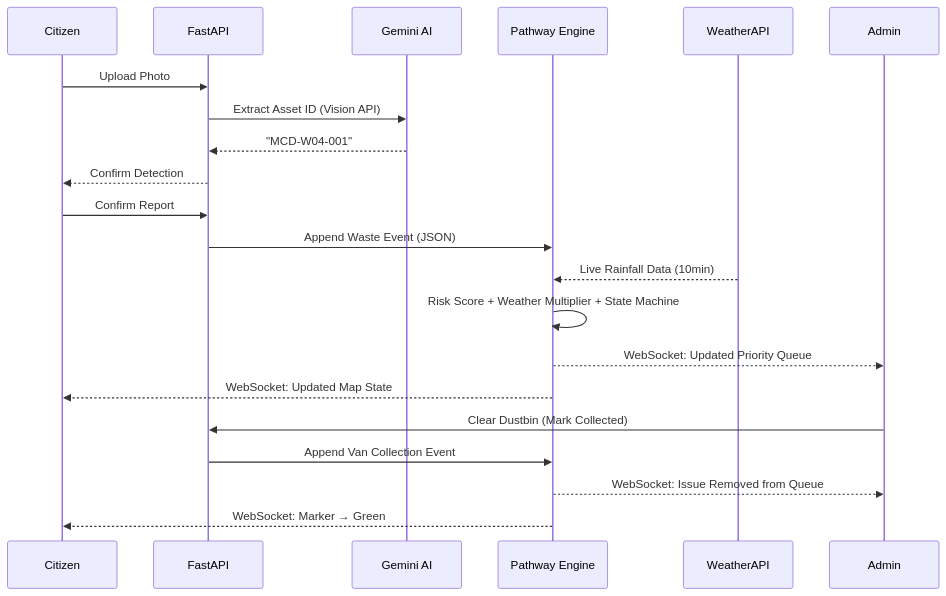
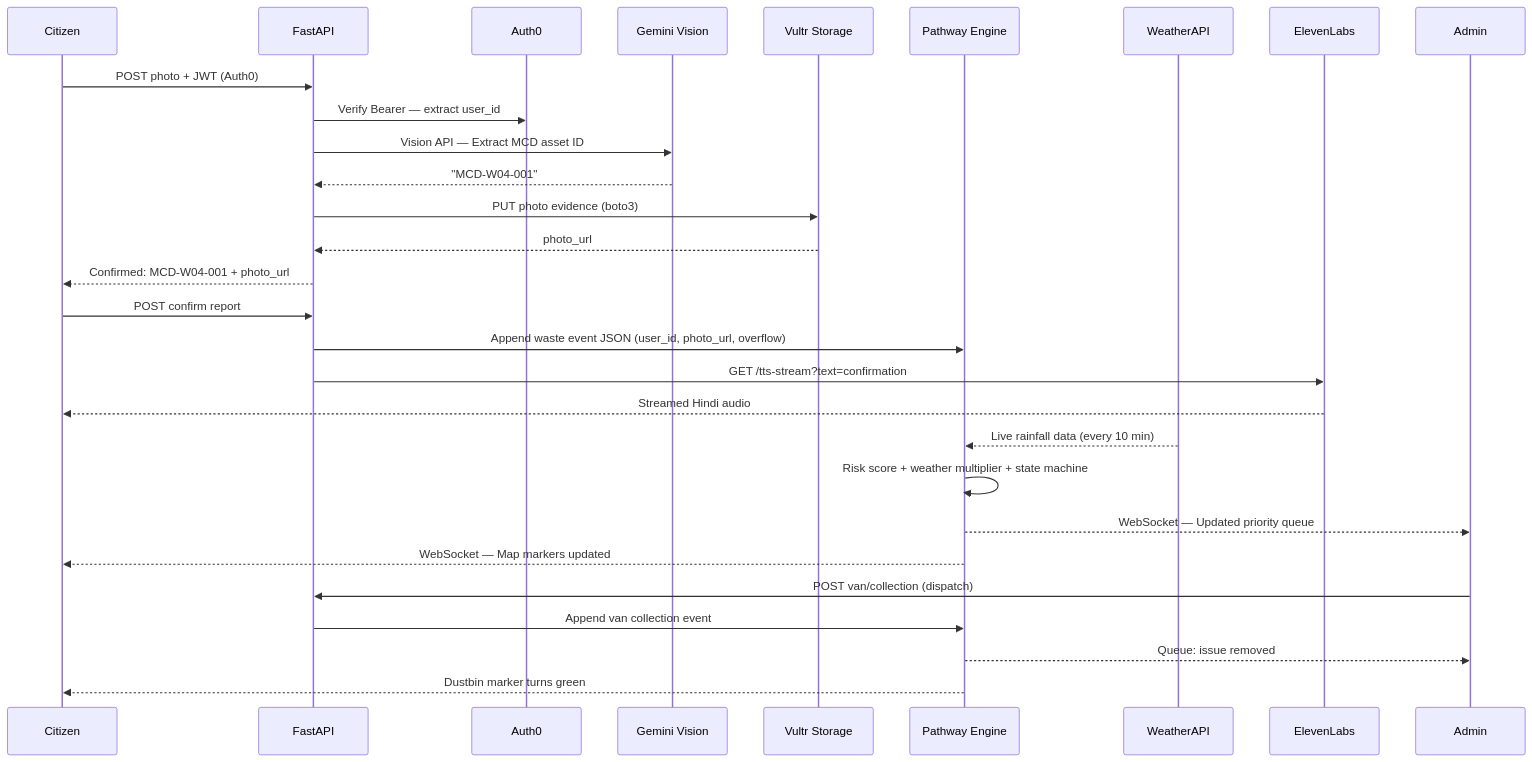
Before and after one commit to gintama1018/HACK-FOR-GREEN-BHARAT-HACKATHON: the second of 3 diagrams in README.md, drawn with Mermaid. The commit also changed other lines of this file, not shown here.

Commit message:
docs: complete README rewrite - sharper narrative, fixed broken tables, all sponsor integrations, full event lifecycle, security table

````diff
--- a/README.md
+++ b/README.md
@@ -321,24 +286,32 @@
 ```mermaid
 sequenceDiagram
     participant C as Citizen
     participant F as FastAPI
-    participant G as Gemini AI
+    participant A0 as Auth0
+    participant G as Gemini Vision
+    participant V as Vultr Storage
     participant P as Pathway Engine
     participant W as WeatherAPI
-    participant A as Admin
+    participant E as ElevenLabs
+    participant AD as Admin
 
-    C->>F: Upload Photo
-    F->>G: Extract Asset ID (Vision API)
+    C->>F: POST photo + JWT (Auth0)
+    F->>A0: Verify Bearer — extract user_id
+    F->>G: Vision API — Extract MCD asset ID
     G-->>F: "MCD-W04-001"
-    F-->>C: Confirm Detection
-    C->>F: Confirm Report
-    F->>P: Append Waste Event (JSON)
-    W-->>P: Live Rainfall Data (10min)
-    P->>P: Risk Score + Weather Multiplier + State Machine
-    P-->>A: WebSocket: Updated Priority Queue
-    P-->>C: WebSocket: Updated Map State
-    A->>F: Clear Dustbin (Mark Collected)
-    F->>P: Append Van Collection Event
-    P-->>A: WebSocket: Issue Removed from Queue
-    P-->>C: WebSocket: Marker → Green
+    F->>V: PUT photo evidence (boto3)
+    V-->>F: photo_url
+    F-->>C: Confirmed: MCD-W04-001 + photo_url
+    C->>F: POST confirm report
+    F->>P: Append waste event JSON (user_id, photo_url, overflow)
+    F->>E: GET /tts-stream?text=confirmation
+    E-->>C: Streamed Hindi audio
+    W-->>P: Live rainfall data (every 10 min)
+    P->>P: Risk score + weather multiplier + state machine
+    P-->>AD: WebSocket — Updated priority queue
+    P-->>C: WebSocket — Map markers updated
+    AD->>F: POST van/collection (dispatch)
+    F->>P: Append van collection event
+    P-->>AD: Queue: issue removed
+    P-->>C: Dustbin marker turns green
 ```
````
